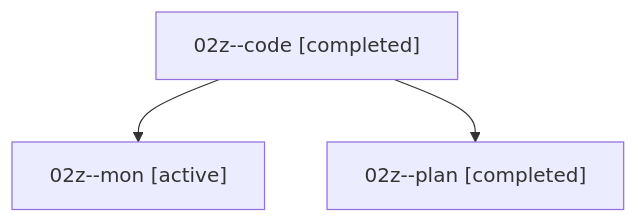
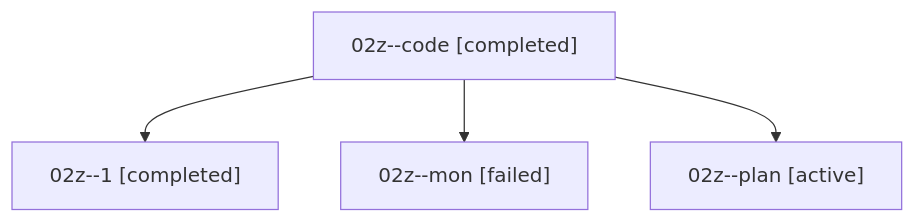
One commit to sase-org/sase--agents changed the diagram in families/bbugyi200.athena.02z.md. Above: the diagram before and after it, drawn with Mermaid. The commit also changed other lines of this file and 35830 other files, not shown here.

````diff
--- a/families/bbugyi200.athena.02z.md
+++ b/families/bbugyi200.athena.02z.md
@@ -9,8 +9,10 @@
 ```mermaid
 flowchart TD
   n0["02z--code [completed]"]
-  n1["02z--mon [active]"]
+  n1["02z--1 [completed]"]
   n0 --> n1
-  n2["02z--plan [completed]"]
+  n2["02z--mon [failed]"]
   n0 --> n2
+  n3["02z--plan [active]"]
+  n0 --> n3
 ```
````
